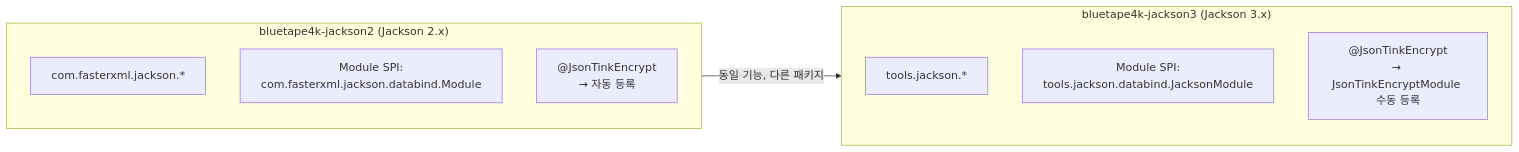
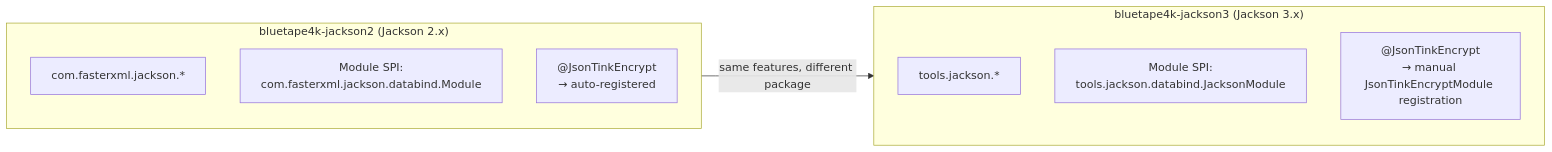
The first of 3 diagrams in io/jackson3/README.md (bluetape4k/bluetape4k-projects), drawn with Mermaid before and after one commit. The commit also changed other lines of this file and 265 other files, not shown here.

````diff
--- a/io/jackson3/README.md
+++ b/io/jackson3/README.md
@@ -296,16 +298,16 @@
 ```mermaid
 flowchart LR
     subgraph JK2["bluetape4k-jackson2 (Jackson 2.x)"]
         M2[com.fasterxml.jackson.*]
         MOD2[Module SPI:<br/>com.fasterxml.jackson.databind.Module]
-        TK2["@JsonTinkEncrypt<br/>→ 자동 등록"]
+        TK2["@JsonTinkEncrypt<br/>→ auto-registered"]
     end
 
     subgraph JK3["bluetape4k-jackson3 (Jackson 3.x)"]
         M3[tools.jackson.*]
         MOD3[Module SPI:<br/>tools.jackson.databind.JacksonModule]
-        TK3["@JsonTinkEncrypt<br/>→ JsonTinkEncryptModule 수동 등록"]
+        TK3["@JsonTinkEncrypt<br/>→ manual JsonTinkEncryptModule registration"]
     end
 
-    JK2 -->|동일 기능, 다른 패키지| JK3
+    JK2 -->|same features, different package| JK3
 ```
````
